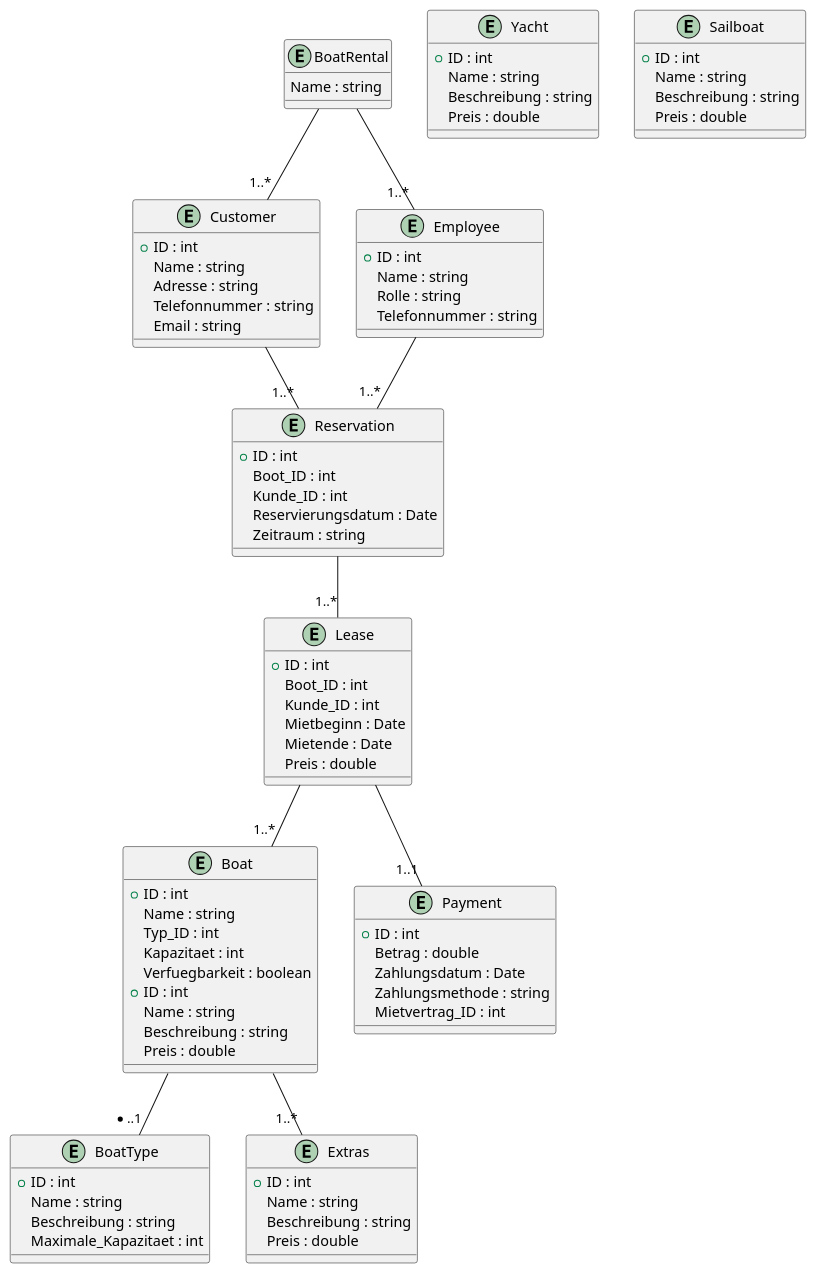
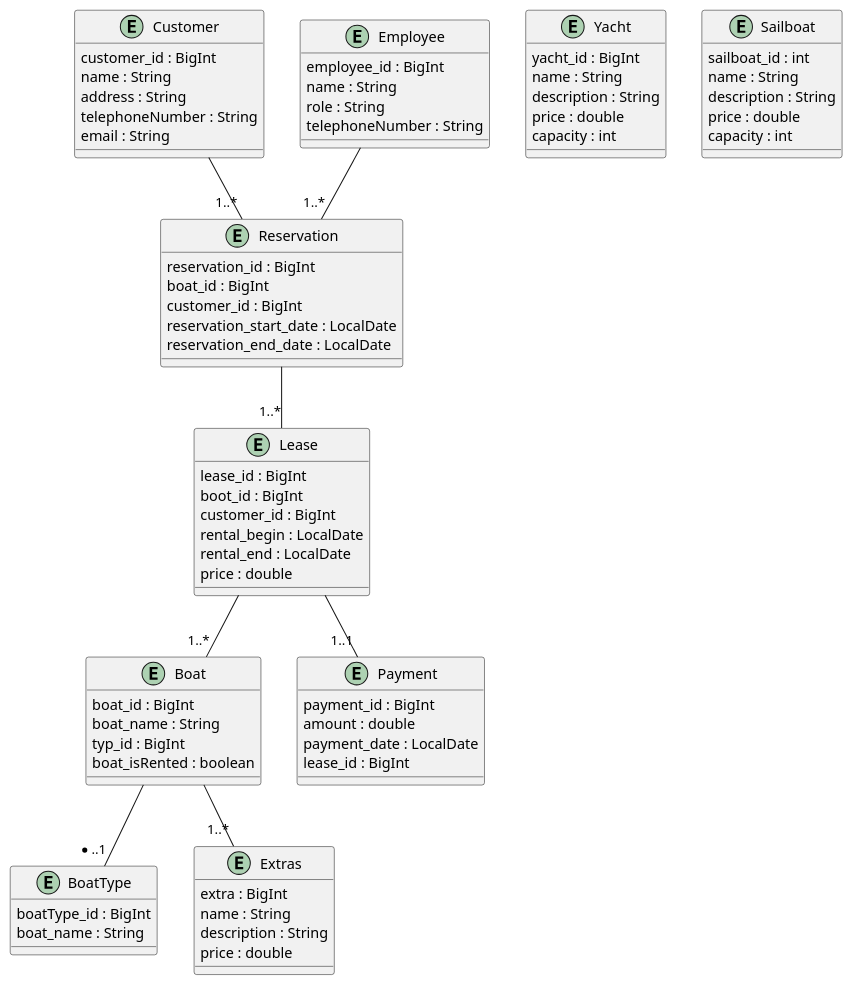
Before and after one commit to 2425-4bhitm-insy/jpa-project-v2-boat-rental: the diagram in boat-rental/puml/boat-rental.puml, drawn with PlantUML.

Commit message:
update fields in boat-rental.puml

```diff
--- a/boat-rental/puml/boat-rental.puml
+++ b/boat-rental/puml/boat-rental.puml
@@ -1,108 +1,93 @@
 @startuml
-entity BoatRental{
-    Name : string
-}
-
 entity Boat {
-    +ID : int
-    Name : string
-    Typ_ID : int
-    Kapazitaet : int
-    Verfuegbarkeit : boolean
+    boat_id : BigInt
+    boat_name : String
+    typ_id : BigInt
+    boat_isRented : boolean
 }
 
 entity Customer {
-    +ID : int
-    Name : string
-    Adresse : string
-    Telefonnummer : string
-    Email : string
+    customer_id : BigInt
+    name : String
+    address : String
+    telephoneNumber : String
+    email : String
 }
 
 entity Lease {
-    +ID : int
-    Boot_ID : int
-    Kunde_ID : int
-    Mietbeginn : Date
-    Mietende : Date
-    Preis : double
+    lease_id : BigInt
+    boot_id : BigInt
+    customer_id : BigInt
+    rental_begin : LocalDate
+    rental_end : LocalDate
+    price : double
 }
 
 entity Payment {
-    +ID : int
-    Betrag : double
-    Zahlungsdatum : Date
-    Zahlungsmethode : string
-    Mietvertrag_ID : int
+    payment_id : BigInt
+    amount : double
+    payment_date : LocalDate
+    lease_id : BigInt
 }
 
 entity Employee {
-    +ID : int
-    Name : string
-    Rolle : string
-    Telefonnummer : string
+    employee_id : BigInt
+    name : String
+    role : String
+    telephoneNumber : String
 }
 
 entity Reservation {
-    +ID : int
-    Boot_ID : int
-    Kunde_ID : int
-    Reservierungsdatum : Date
-    Zeitraum : string
+    reservation_id : BigInt
+    boat_id : BigInt
+    customer_id : BigInt
+    reservation_start_date : LocalDate
+    reservation_end_date : LocalDate
 }
 
 entity BoatType {
-    +ID : int
-    Name : string
-    Beschreibung : string
-    Maximale_Kapazitaet : int
+    boatType_id : BigInt
+    boat_name : String
 }
 
 entity Extras {
-    +ID : int
-    Name : string
-    Beschreibung : string
-    Preis : double
+    extra : BigInt
+    name : String
+    description : String
+    price : double
 }
 
 entity Yacht {
-    +ID : int
-    Name : string
-    Beschreibung : string
-    Preis : double
+    yacht_id : BigInt
+    name : String
+    description : String
+    price : double
+    capacity : int
 }
 
 entity Sailboat {
-    +ID : int
-    Name : string
-    Beschreibung : string
-    Preis : double
-}
-
-entity Boat {
-    +ID : int
-    Name : string
-    Beschreibung : string
-    Preis : double
+    sailboat_id : int
+    name : String
+    description : String
+    price : double
+    capacity : int
 }
 
 
 ' Beziehungen
-BoatRental -- "1..*" Customer
-BoatRental -- "1..*" Employee
 
 Customer -- "1..*" Reservation
 Employee -- "1..*" Reservation
 
 Reservation -- "1..*" Lease
 Lease -- "1..1" Payment
 
 Lease -- "1..*" Boat
 
 Boat -- "*..1" BoatType
 Boat -- "1..*" Extras
 
 
 
 
 @enduml
```
